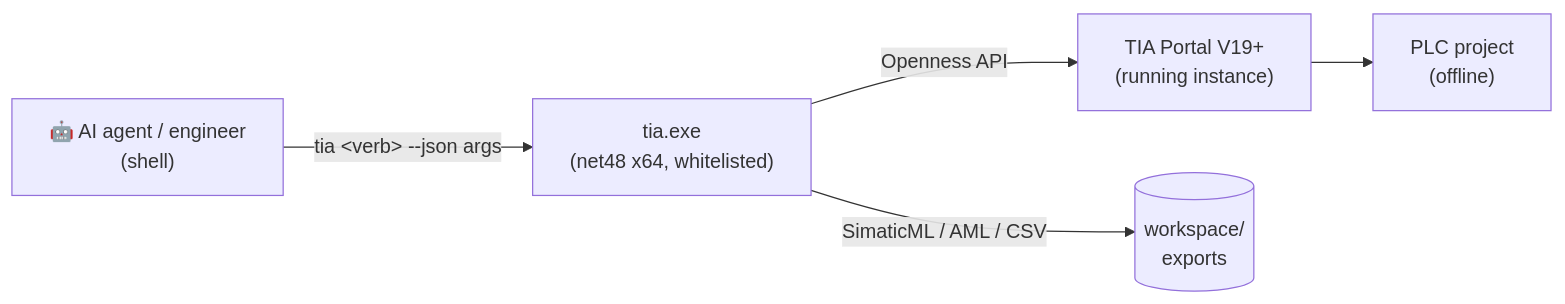
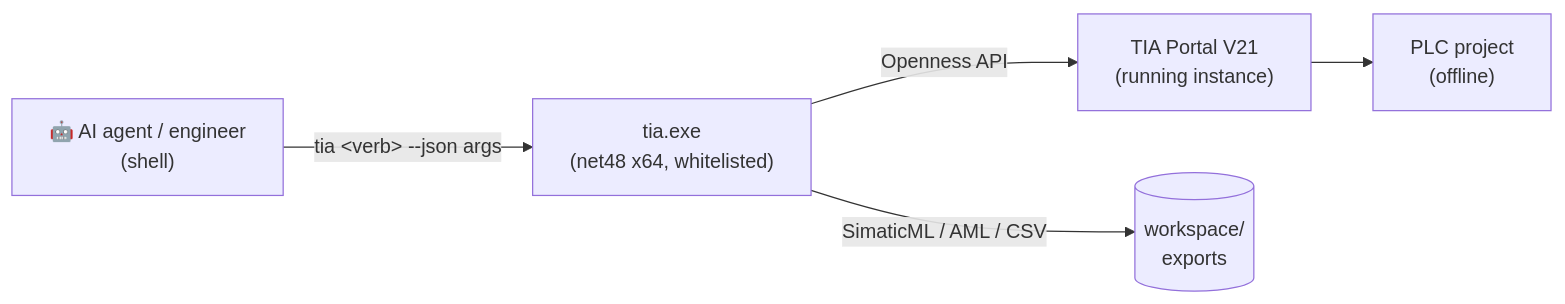
One commit to Codyte/Tia-Portal-CLI changed the diagram in README.md. Above: the diagram before and after it, drawn with Mermaid. The commit also changed other lines of this file and 1 other file, not shown here.

````diff
--- a/README.md
+++ b/README.md
@@ -40,7 +40,7 @@
 ```mermaid
 flowchart LR
     A["🤖 AI agent / engineer<br/>(shell)"] -->|"tia &lt;verb&gt; --json args"| B["tia.exe<br/>(net48 x64, whitelisted)"]
-    B -->|Openness API| C["TIA Portal V19+<br/>(running instance)"]
+    B -->|Openness API| C["TIA Portal V21<br/>(running instance)"]
     B -->|SimaticML / AML / CSV| D[("workspace/<br/>exports")]
     C --> E["PLC project<br/>(offline)"]
 ```
````
